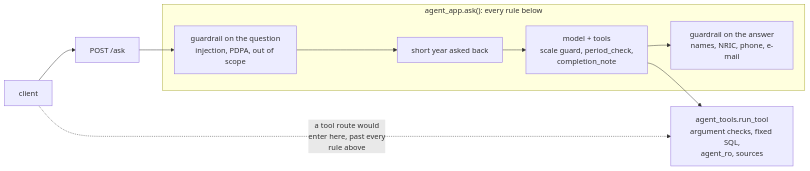
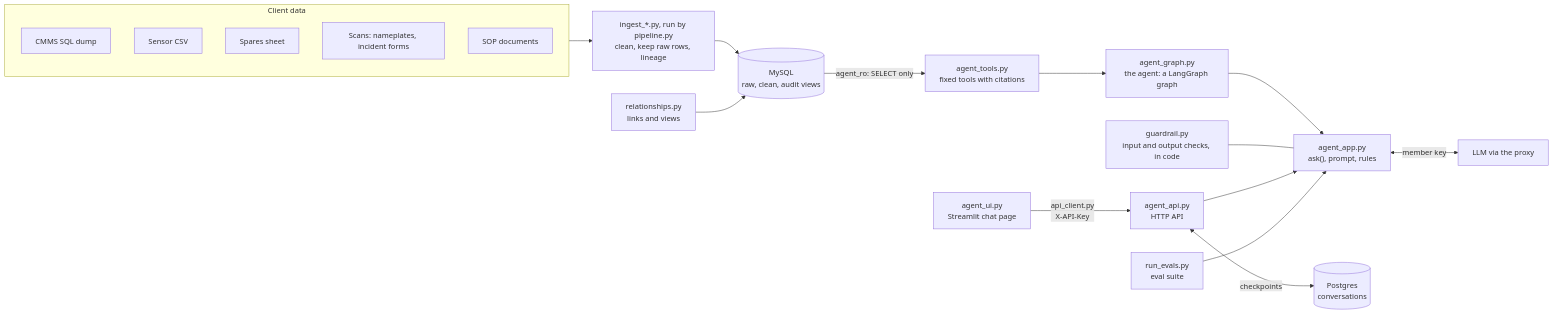
One commit to ensanguine2279/sctp-aie-m5-jurong-marine changed the diagram in docs/agent_api.md. Above: the diagram before and after it, drawn with Mermaid. The commit also changed other lines of this file and 14 other files, not shown here.

````diff
--- a/docs/agent_api.md
+++ b/docs/agent_api.md
@@ -152,14 +28,22 @@
 ```mermaid
 flowchart LR
-    C["client"] --> ASK["POST /ask"]
-    subgraph ASKF["agent_app.ask(): every rule below"]
-        GI["guardrail on the question<br/>injection, PDPA, out of scope"]
-        SY["short year asked back"]
-        LOOP["model + tools<br/>scale guard, period_check,<br/>completion_note"]
-        GO["guardrail on the answer<br/>names, NRIC, phone, e-mail"]
-        GI --> SY --> LOOP --> GO
+    subgraph SRC["Client data"]
+        S1["CMMS SQL dump"]
+        S2["Sensor CSV"]
+        S3["Spares sheet"]
+        S4["Scans: nameplates, incident forms"]
+        S5["SOP documents"]
     end
-    ASK --> GI
-    LOOP --> RT["agent_tools.run_tool<br/>argument checks, fixed SQL,<br/>agent_ro, sources"]
-    C -. "a tool route would<br/>enter here, past every<br/>rule above" .-> RT
+    SRC --> I["ingest_*.py, run by pipeline.py<br/>clean, keep raw rows, lineage"]
+    I --> DB[("MySQL<br/>raw, clean, audit views")]
+    R["relationships.py<br/>links and views"] --> DB
+    DB -->|"agent_ro: SELECT only"| T["agent_tools.py<br/>fixed tools with citations"]
+    T --> GR["agent_graph.py<br/>the agent: a LangGraph graph"]
+    GR --> A["agent_app.py<br/>ask(), prompt, rules"]
+    G["guardrail.py<br/>input and output checks, in code"] --- A
+    A <-->|"member key"| L["LLM via the proxy"]
+    U["agent_ui.py<br/>Streamlit chat page"] -->|"api_client.py<br/>X-API-Key"| X
+    X["agent_api.py<br/>HTTP API"] --> A
+    X <-->|"checkpoints"| PG[("Postgres<br/>conversations")]
+    E["run_evals.py<br/>eval suite"] --> A
 ```
````
